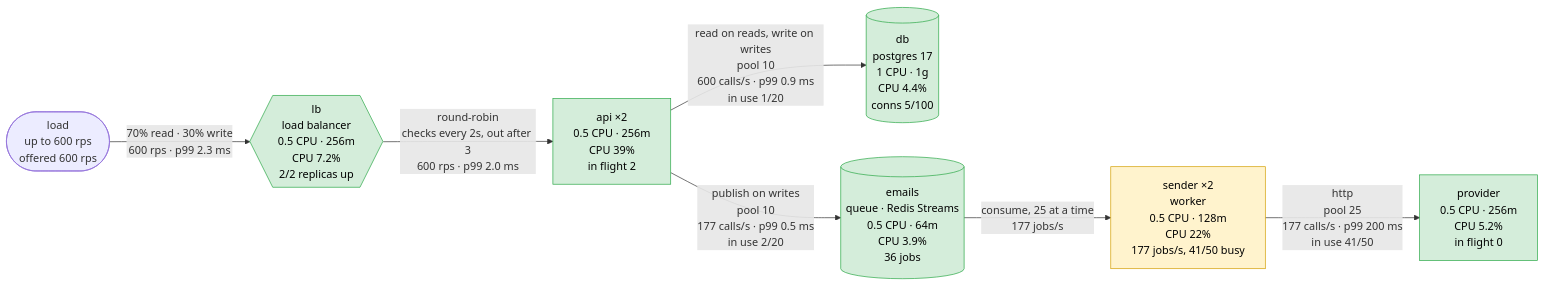
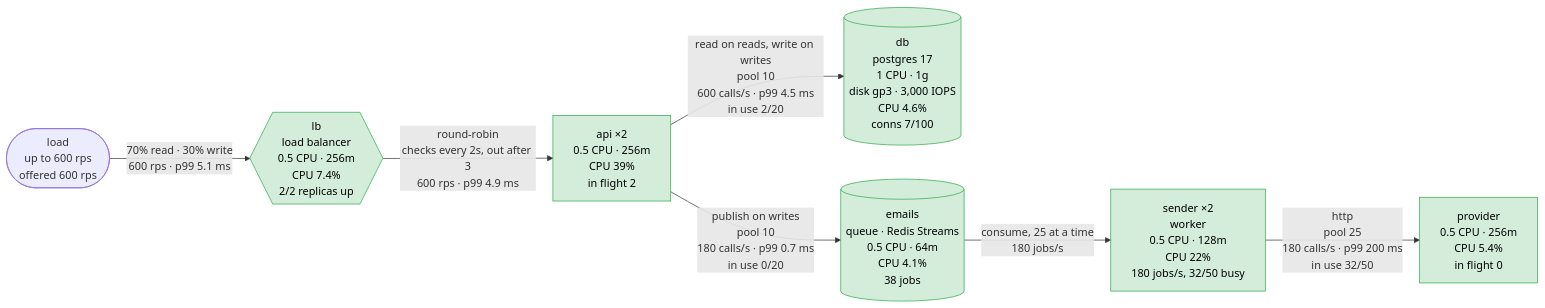
The first of 5 diagrams in scenarios/backed-up-queue/solutions/more-runners/report.md (akinfemi/load-lore), drawn with Mermaid before and after one commit. The commit also changed other lines of this file and 125 other files, not shown here.

````diff
--- a/scenarios/backed-up-queue/solutions/more-runners/report.md
+++ b/scenarios/backed-up-queue/solutions/more-runners/report.md
@@ -15,21 +15,20 @@
 ```mermaid
 flowchart LR
     load(["load<br/>up to 600 rps<br/>offered 600 rps"])
-    lb{{"lb<br/>load balancer<br/>0.5 CPU · 256m<br/>CPU 7.2%<br/>2/2 replicas up"}}
+    lb{{"lb<br/>load balancer<br/>0.5 CPU · 256m<br/>CPU 7.4%<br/>2/2 replicas up"}}
     api["api ×2<br/>0.5 CPU · 256m<br/>CPU 39%<br/>in flight 2"]
-    db[("db<br/>postgres 17<br/>1 CPU · 1g<br/>CPU 4.4%<br/>conns 5/100")]
-    emails[("emails<br/>queue · Redis Streams<br/>0.5 CPU · 64m<br/>CPU 3.9%<br/>36 jobs")]
-    sender["sender ×2<br/>worker<br/>0.5 CPU · 128m<br/>CPU 22%<br/>177 jobs/s, 41/50 busy"]
-    provider["provider<br/>0.5 CPU · 256m<br/>CPU 5.2%<br/>in flight 0"]
-    load -->|"70% read · 30% write<br/>600 rps · p99 2.3 ms"| lb
-    lb -->|"round-robin<br/>checks every 2s, out after 3<br/>600 rps · p99 2.0 ms"| api
-    api -->|"read on reads, write on writes<br/>pool 10<br/>600 calls/s · p99 0.9 ms<br/>in use 1/20"| db
-    api -->|"publish on writes<br/>pool 10<br/>177 calls/s · p99 0.5 ms<br/>in use 2/20"| emails
-    emails -->|"consume, 25 at a time<br/>177 jobs/s"| sender
-    sender -->|"http<br/>pool 25<br/>177 calls/s · p99 200 ms<br/>in use 41/50"| provider
+    db[("db<br/>postgres 17<br/>1 CPU · 1g<br/>disk gp3 · 3,000 IOPS<br/>CPU 4.6%<br/>conns 7/100")]
+    emails[("emails<br/>queue · Redis Streams<br/>0.5 CPU · 64m<br/>CPU 4.1%<br/>38 jobs")]
+    sender["sender ×2<br/>worker<br/>0.5 CPU · 128m<br/>CPU 22%<br/>180 jobs/s, 32/50 busy"]
+    provider["provider<br/>0.5 CPU · 256m<br/>CPU 5.4%<br/>in flight 0"]
+    load -->|"70% read · 30% write<br/>600 rps · p99 5.1 ms"| lb
+    lb -->|"round-robin<br/>checks every 2s, out after 3<br/>600 rps · p99 4.9 ms"| api
+    api -->|"read on reads, write on writes<br/>pool 10<br/>600 calls/s · p99 4.5 ms<br/>in use 2/20"| db
+    api -->|"publish on writes<br/>pool 10<br/>180 calls/s · p99 0.7 ms<br/>in use 0/20"| emails
+    emails -->|"consume, 25 at a time<br/>180 jobs/s"| sender
+    sender -->|"http<br/>pool 25<br/>180 calls/s · p99 200 ms<br/>in use 32/50"| provider
     classDef ok fill:#d4edda,stroke:#28a745,color:#000
     classDef warm fill:#fff3cd,stroke:#d39e00,color:#000
     classDef hot fill:#f8d7da,stroke:#dc3545,color:#000
-    class lb,api,db,emails,provider ok
-    class sender warm
+    class lb,api,db,emails,sender,provider ok
 ```
````
